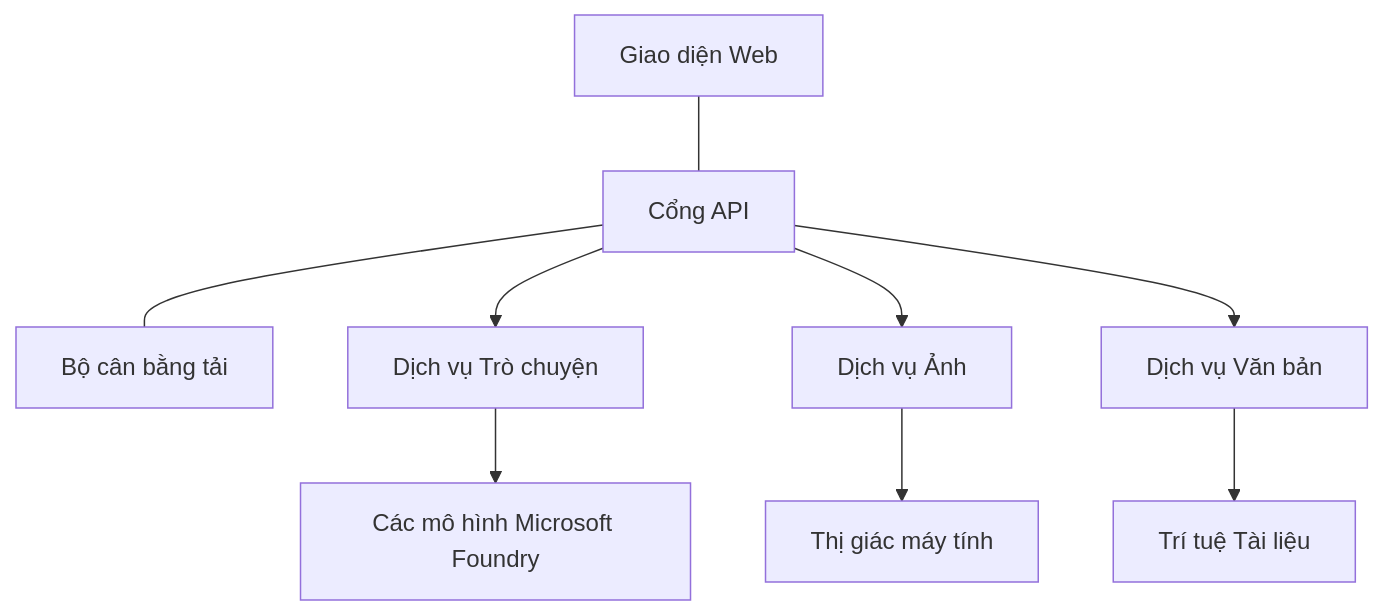
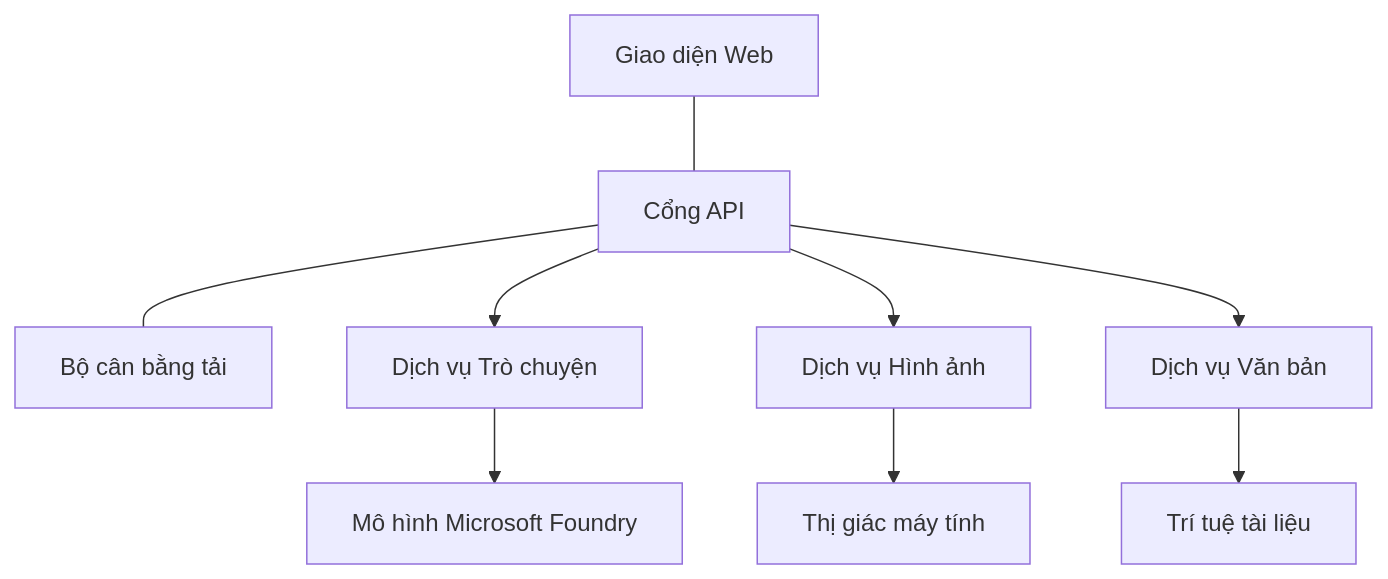
One commit to microsoft/AZD-for-beginners changed the diagram in translations/vi/docs/chapter-08-production/production-ai-practices.md. Above: the diagram before and after it, drawn with Mermaid. The commit also changed other lines of this file and 104 other files, not shown here.

````diff
--- a/translations/vi/docs/chapter-08-production/production-ai-practices.md
+++ b/translations/vi/docs/chapter-08-production/production-ai-practices.md
@@ -30,10 +30,10 @@
 ```mermaid
 graph TD
     Frontend[Giao diện Web] --- Gateway[Cổng API] --- LB[Bộ cân bằng tải]
     Gateway --> Chat[Dịch vụ Trò chuyện]
-    Gateway --> Image[Dịch vụ Ảnh]
+    Gateway --> Image[Dịch vụ Hình ảnh]
     Gateway --> Text[Dịch vụ Văn bản]
-    Chat --> OpenAI[Các mô hình Microsoft Foundry]
+    Chat --> OpenAI[Mô hình Microsoft Foundry]
     Image --> Vision[Thị giác máy tính]
-    Text --> DocIntel[Trí tuệ Tài liệu]
+    Text --> DocIntel[Trí tuệ tài liệu]
 ```
````
